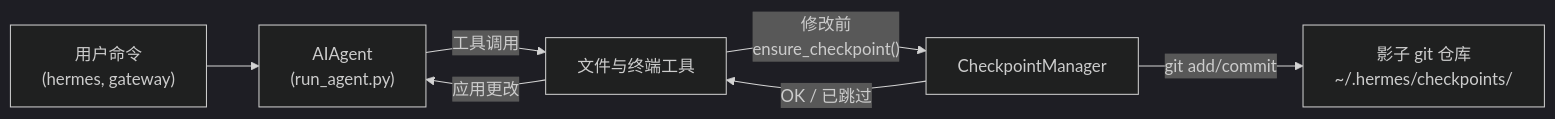
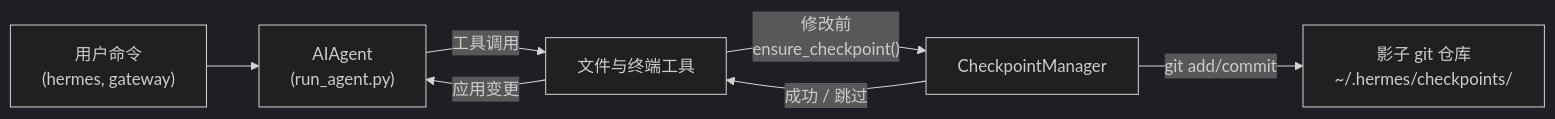
Before and after one commit to dracohu2025-cloud/hermes-agent: the diagram in site/docs/user-guide/checkpoints-and-rollback.md, drawn with Mermaid (dark theme). The commit also changed other lines of this file and 181 other files, not shown here.

````diff
--- a/site/docs/user-guide/checkpoints-and-rollback.md
+++ b/site/docs/user-guide/checkpoints-and-rollback.md
@@ -43,15 +43,15 @@
 ```mermaid
 flowchart LR
   user["用户命令\n(hermes, gateway)"]
   agent["AIAgent\n(run_agent.py)"]
   tools["文件与终端工具"]
   cpMgr["CheckpointManager"]
   shadowRepo["影子 git 仓库\n~/.hermes/checkpoints/<hash>"]
 
   user --> agent
   agent -->|"工具调用"| tools
   tools -->|"修改前\nensure_checkpoint()"| cpMgr
   cpMgr -->|"git add/commit"| shadowRepo
-  cpMgr -->|"OK / 已跳过"| tools
-  tools -->|"应用更改"| agent
+  cpMgr -->|"成功 / 跳过"| tools
+  tools -->|"应用变更"| agent
 ```
````
